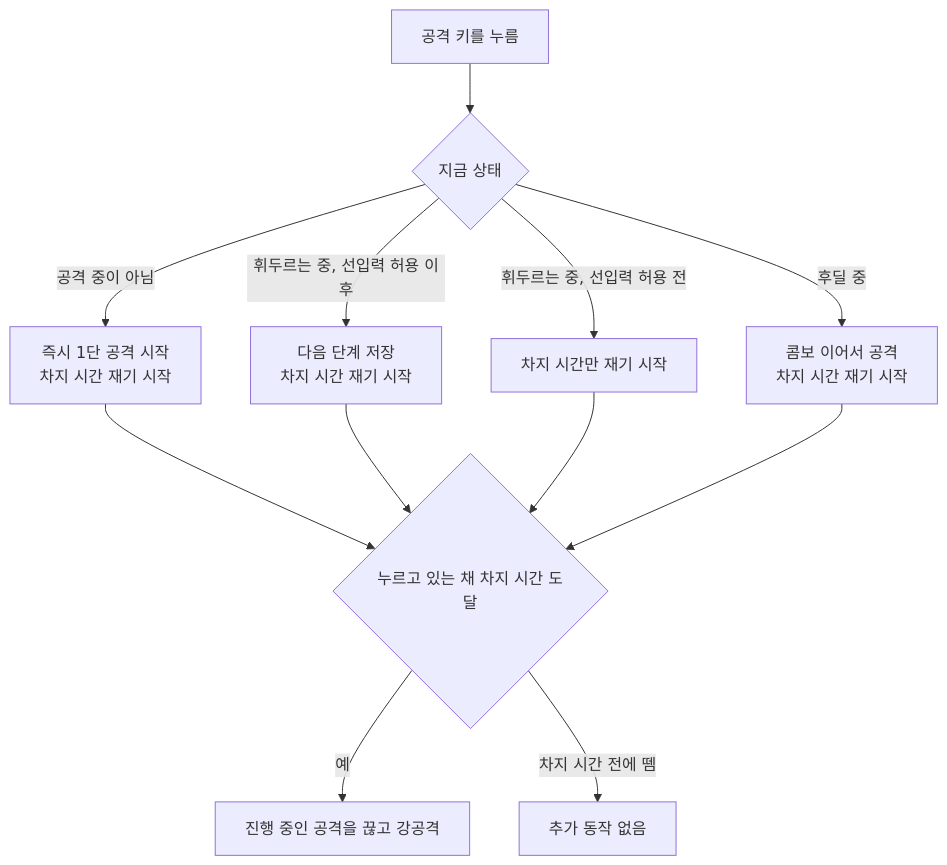
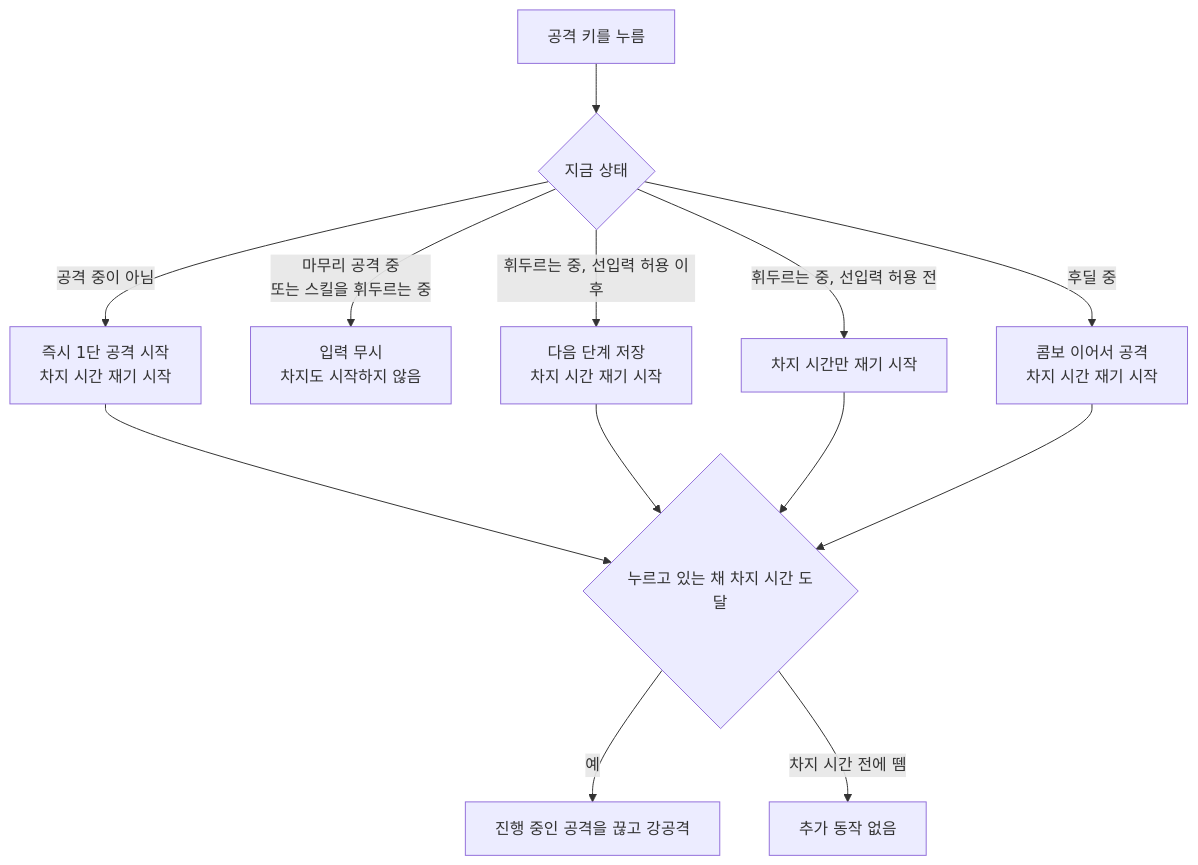
One commit to SquashPrince/Develrocket_mp15_HHH changed the second of 3 diagrams in Docs/Technical/Player/PlayerAttack.md. Above: the diagram before and after it, drawn with Mermaid. The commit also changed other lines of this file and 108 other files, not shown here.

````diff
--- a/Docs/Technical/Player/PlayerAttack.md
+++ b/Docs/Technical/Player/PlayerAttack.md
@@ -49,14 +59,15 @@
 ```mermaid
 flowchart TD
     P["공격 키를 누름"] --> Q{"지금 상태"}
     Q -->|"공격 중이 아님"| A1["즉시 1단 공격 시작<br>차지 시간 재기 시작"]
+    Q -->|"마무리 공격 중<br>또는 스킬을 휘두르는 중"| A0["입력 무시<br>차지도 시작하지 않음"]
     Q -->|"휘두르는 중, 선입력 허용 이후"| A2["다음 단계 저장<br>차지 시간 재기 시작"]
     Q -->|"휘두르는 중, 선입력 허용 전"| A3["차지 시간만 재기 시작"]
     Q -->|"후딜 중"| A4["콤보 이어서 공격<br>차지 시간 재기 시작"]
     A1 --> C{"누르고 있는 채 차지 시간 도달"}
     A2 --> C
     A3 --> C
     A4 --> C
     C -->|"예"| H["진행 중인 공격을 끊고 강공격"]
     C -->|"차지 시간 전에 뗌"| X["추가 동작 없음"]
 ```
````
